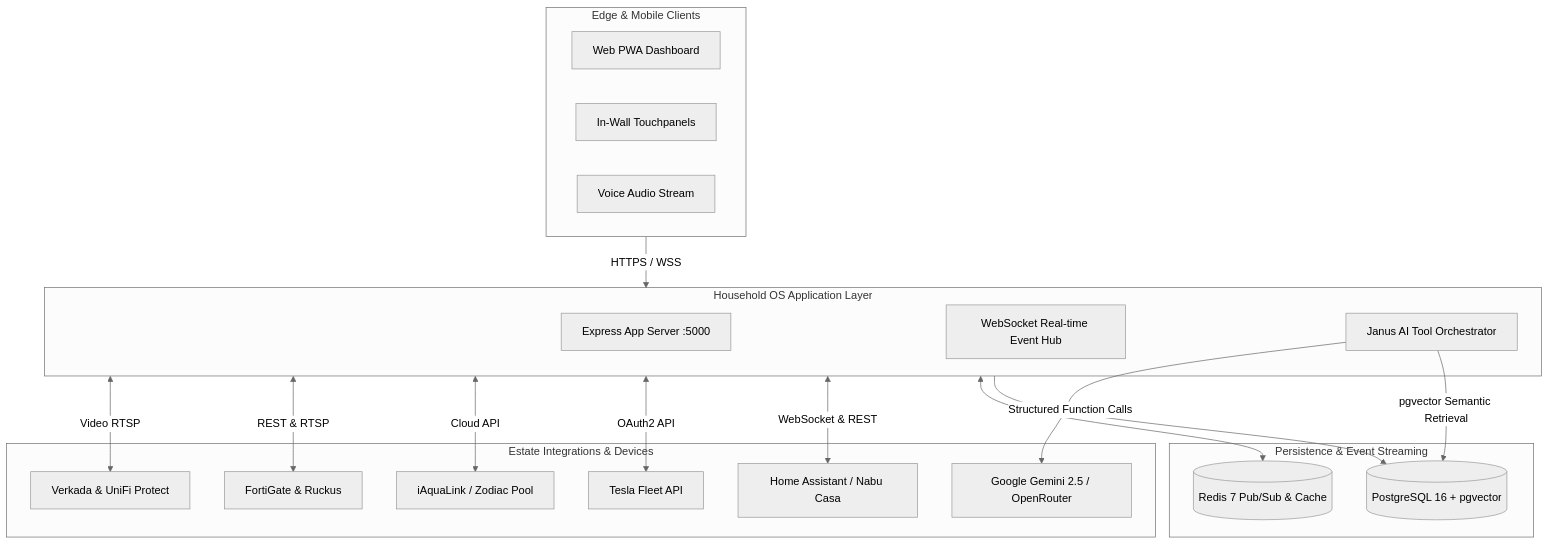
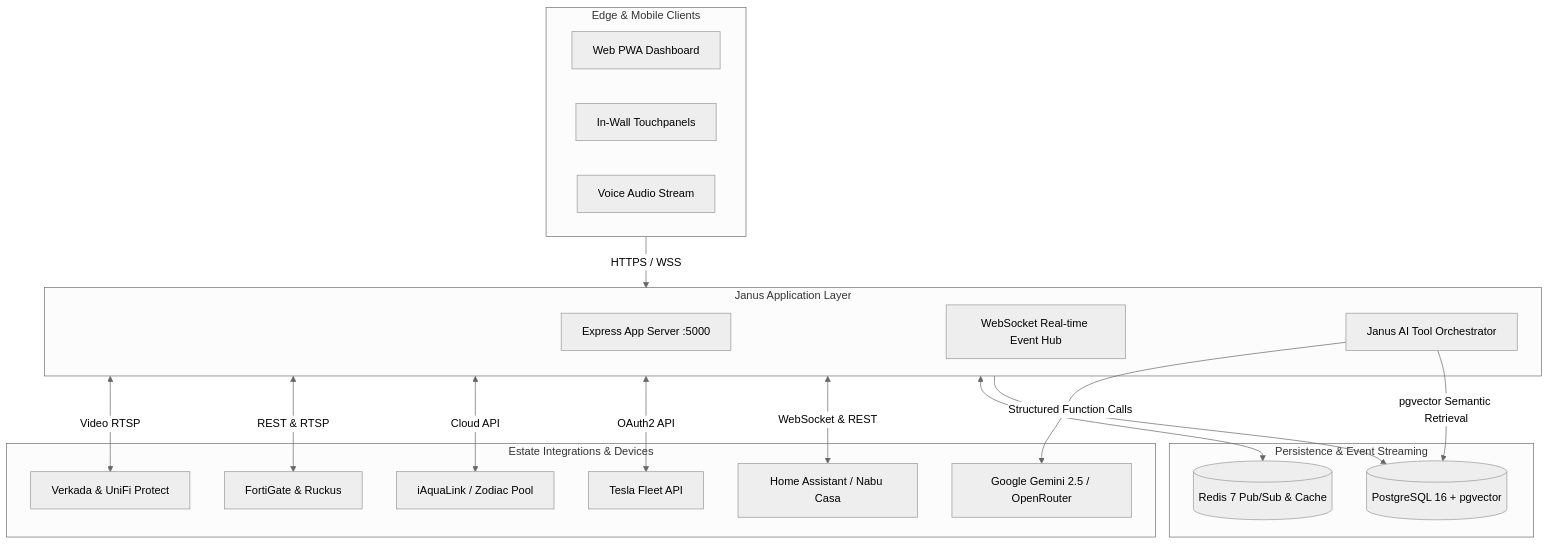
The diagram in README.md (tonysafoian/club34-home-app-public), drawn with Mermaid (neutral theme) before and after one commit. The commit also changed other lines of this file and 114 other files, not shown here.

````diff
--- a/README.md
+++ b/README.md
@@ -40,39 +40,39 @@
 ```mermaid
 flowchart TD
     subgraph Clients["Edge & Mobile Clients"]
         Web[Web PWA Dashboard]
         WallTouch[In-Wall Touchpanels]
         Voice[Voice Audio Stream]
     end
 
-    subgraph Core["Household OS Application Layer"]
+    subgraph Core["Janus Application Layer"]
         Server[Express App Server :5000]
         WS[WebSocket Real-time Event Hub]
         Janus[Janus AI Tool Orchestrator]
     end
 
     subgraph Data["Persistence & Event Streaming"]
         PG[(PostgreSQL 16 + pgvector)]
         Redis[(Redis 7 Pub/Sub & Cache)]
     end
 
     subgraph Hardware["Estate Integrations & Devices"]
         HA[Home Assistant / Nabu Casa]
         Tesla[Tesla Fleet API]
         Pool[iAquaLink / Zodiac Pool]
         Net[FortiGate & Ruckus]
         Cam[Verkada & UniFi Protect]
         LLM[Google Gemini 2.5 / OpenRouter]
     end
 
     Clients -->|HTTPS / WSS| Core
     Core --> PG
     Core <--> Redis
     Janus -->|pgvector Semantic Retrieval| PG
     Janus -->|Structured Function Calls| LLM
     Core <-->|WebSocket & REST| HA
     Core <-->|OAuth2 API| Tesla
     Core <-->|Cloud API| Pool
     Core <-->|REST & RTSP| Net
     Core <-->|Video RTSP| Cam
 ```
````
